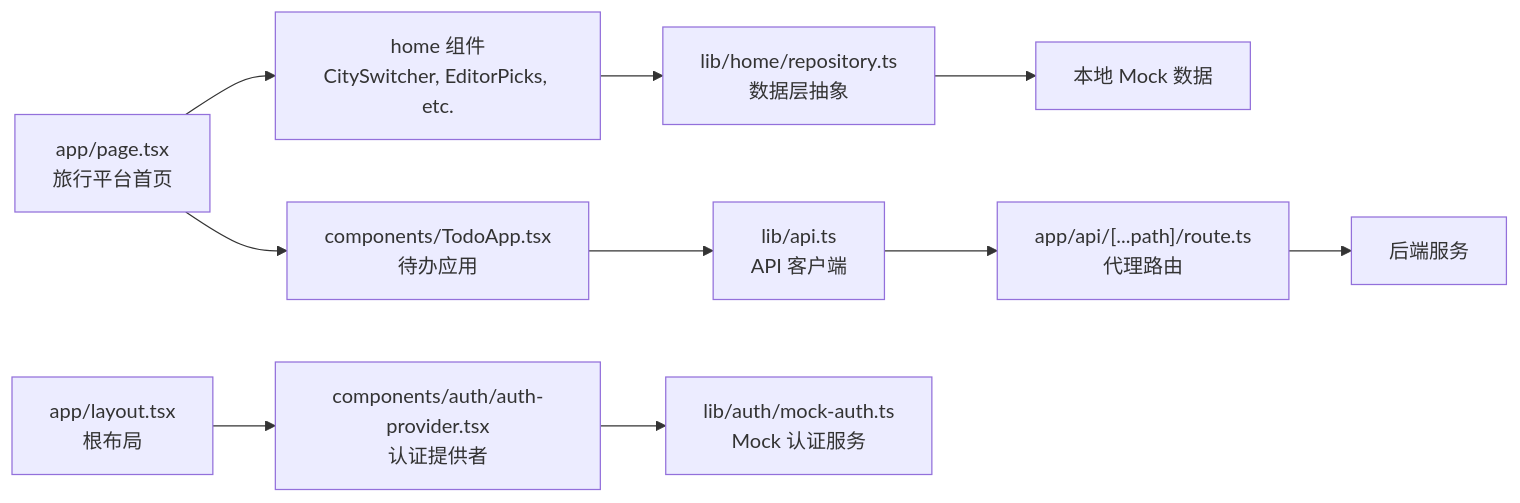
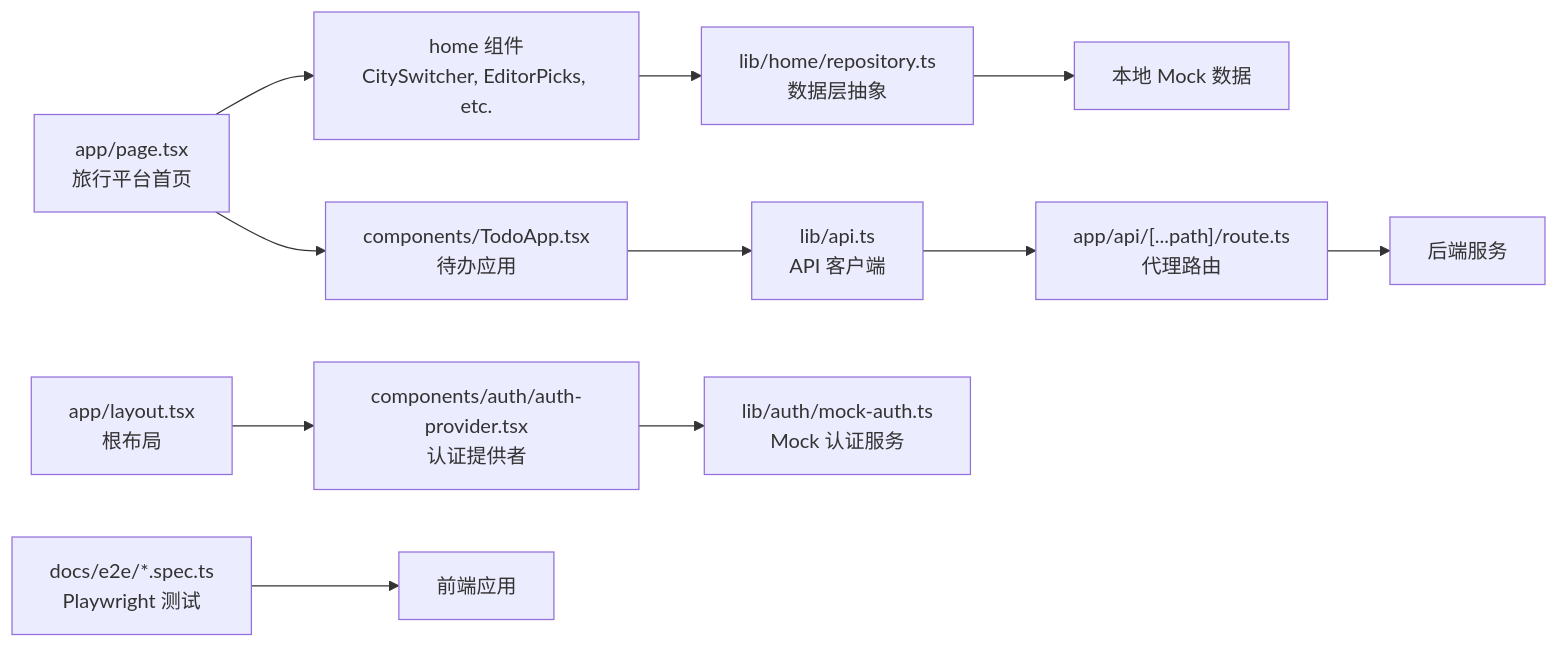
Diagram 11 of 12 in .qoder/repowiki/zh/content/前端开发/前端开发.md (luyitiger6/my-first-project), drawn with Mermaid before and after one commit. The commit also changed other lines of this file and 33 other files, not shown here.

````diff
--- a/.qoder/repowiki/zh/content/前端开发/前端开发.md
+++ b/.qoder/repowiki/zh/content/前端开发/前端开发.md
@@ -453,12 +518,13 @@
 ```mermaid
 graph LR
 Page["app/page.tsx<br/>旅行平台首页"] --> Components["home 组件<br/>CitySwitcher, EditorPicks, etc."]
 Components --> Repo["lib/home/repository.ts<br/>数据层抽象"]
 Repo --> MockData["本地 Mock 数据"]
 Page --> TodoApp["components/TodoApp.tsx<br/>待办应用"]
 TodoApp --> Api["lib/api.ts<br/>API 客户端"]
 Api --> Proxy["app/api/[...path]/route.ts<br/>代理路由"]
 Proxy --> Backend["后端服务"]
 Layout["app/layout.tsx<br/>根布局"] --> AuthProvider["components/auth/auth-provider.tsx<br/>认证提供者"]
 AuthProvider --> MockAuth["lib/auth/mock-auth.ts<br/>Mock 认证服务"]
+E2ETests["docs/e2e/*.spec.ts<br/>Playwright 测试"] --> Frontend["前端应用"]
 ```
````
